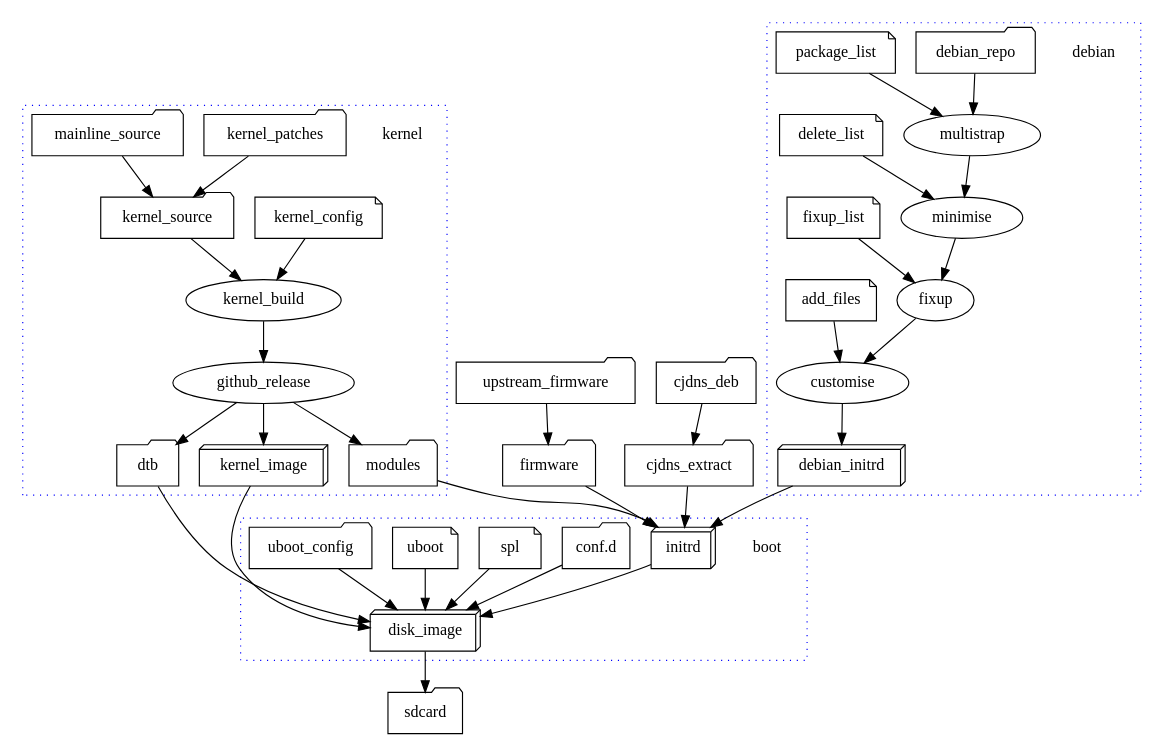
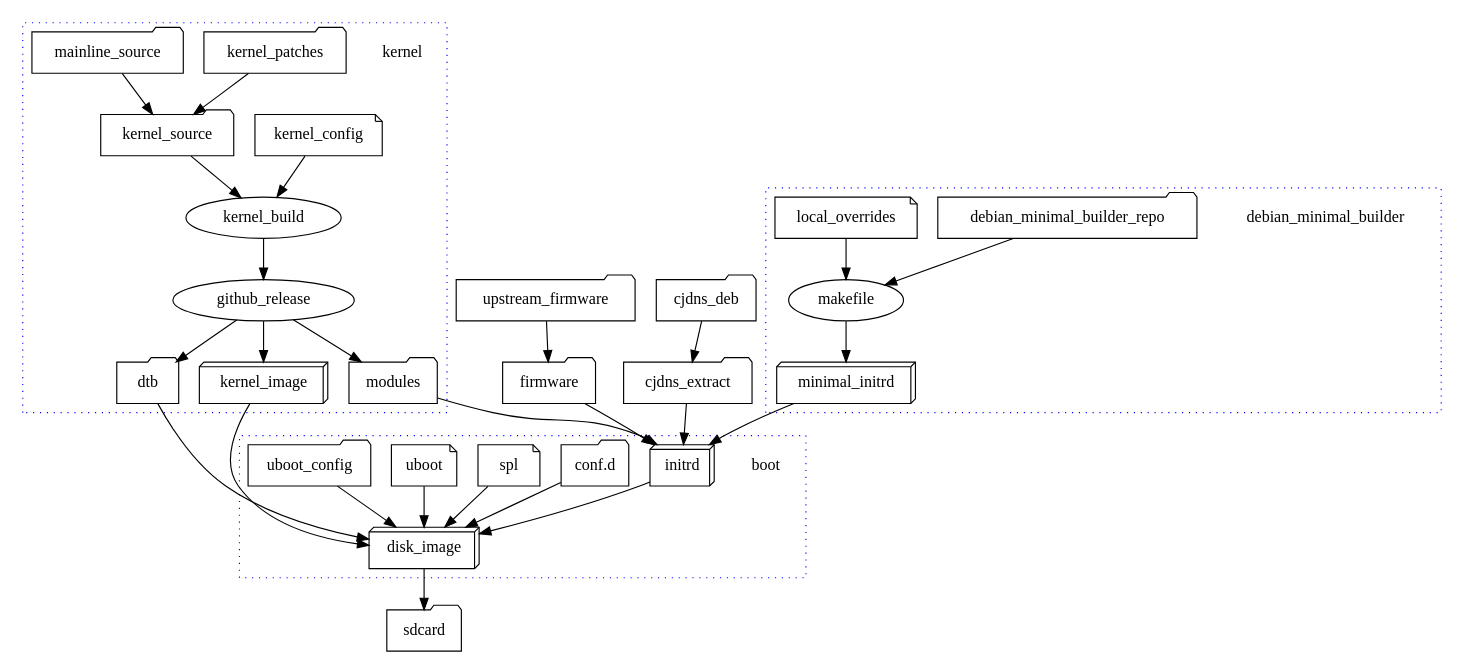
The diagram in docs/build.dot (tomeshnet/mesh-orange), drawn with Graphviz before and after one commit. The commit also changed 1 other file, not shown here.

Commit message:
Split the diagrams slightly - moving the debian builder into its own diagram allows for more details, and it probably should move to the debian builder repo

```diff
--- a/docs/build.dot
+++ b/docs/build.dot
@@ -1,88 +1,82 @@
 #
 # Outline how the build process works
 #
 
 digraph g{
 
     subgraph cluster_debian {
-        debian [shape=plaintext];
+        debian_minimal_builder [shape=plaintext];
         graph[style=dotted];
         color=blue;
 
-        debian_repo [shape=folder];
-        package_list [shape=note];
-        delete_list [shape=note];
-        fixup_list [shape=note];
-        add_files [shape=note];
-        debian_initrd [shape=box3d];
+        debian_minimal_builder_repo [shape=folder];
+        local_overrides [shape=note];
+        minimal_initrd [shape=box3d];
 
-        debian_repo -> multistrap -> minimise -> fixup -> customise;
+        debian_minimal_builder_repo -> makefile;
 
-        package_list -> multistrap;
-        delete_list -> minimise;
-        fixup_list -> fixup;
-        add_files -> customise;
+        local_overrides -> makefile;
 
-        customise -> debian_initrd;
+        makefile -> minimal_initrd;
     }
     
     subgraph cluster_kernel {
         kernel [shape=plaintext];
         graph[style=dotted];
         color=blue;
 
         kernel_config [shape=note];
         mainline_source [shape=folder];
         kernel_patches [shape=folder];
         kernel_source [shape=folder];
         kernel_image [shape=box3d];
         modules [shape=folder];
         dtb [shape=folder];
 
         kernel_patches -> kernel_source;
         mainline_source -> kernel_source;
         kernel_source -> kernel_build;
         kernel_config -> kernel_build;
 
         kernel_build -> github_release -> kernel_image;
         github_release -> modules;
         github_release -> dtb;
     }
 
     upstream_firmware [shape=folder];
     firmware [shape=folder];
     upstream_firmware -> firmware;
 
     cjdns_deb [shape=folder];
     cjdns_extract [shape=folder];
     cjdns_deb -> cjdns_extract;
 
     subgraph cluster_boot {
         boot [shape=plaintext];
         graph[style=dotted];
         color=blue;
 
         initrd [shape=box3d];
         conf_d [label="conf.d" shape=folder];
         spl [shape=note];
         uboot [shape=note];
         uboot_config [shape=folder];
 
         spl -> disk_image;
         uboot -> disk_image;
         uboot_config -> disk_image;
         initrd -> disk_image;
         conf_d -> disk_image;
         dtb -> disk_image;
     }
 
     firmware -> initrd;
-    debian_initrd -> initrd;
+    minimal_initrd -> initrd;
     modules -> initrd;
     cjdns_extract -> initrd;
     kernel_image -> disk_image;
 
     disk_image [shape=box3d];
     sdcard [shape=folder];
     disk_image -> sdcard;
 }
```
